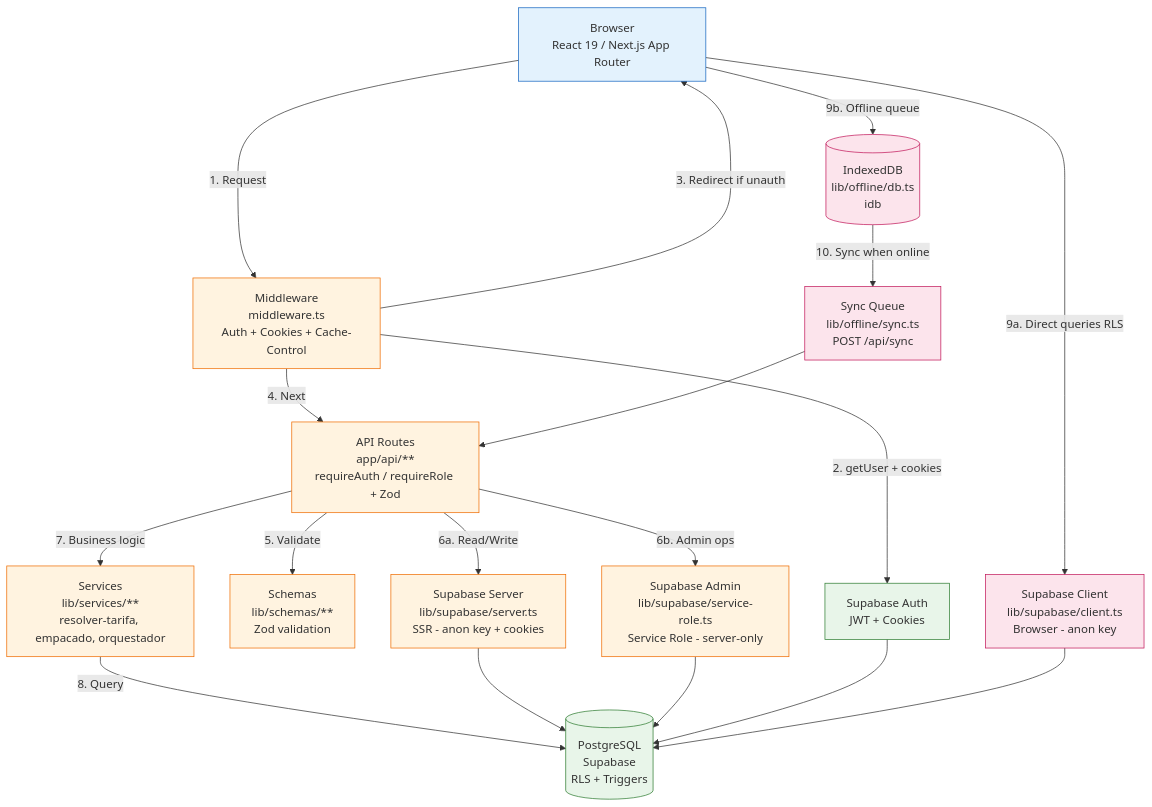
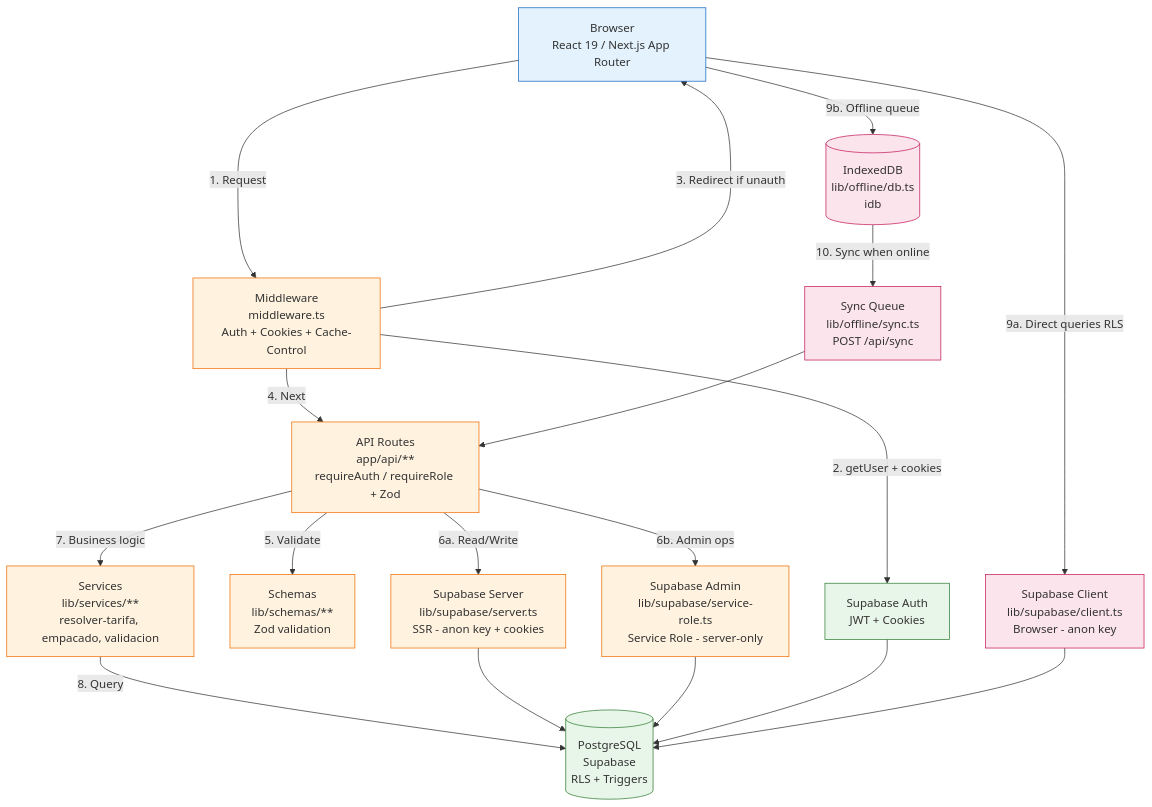
The diagram in docs/diagrams/system_arch.mmd (Brandoncm21/cac-desamparados-roast-manager), drawn with Mermaid before and after one commit. The commit also changed 2 other files, not shown here.

Commit message:
docs: corregir referencias al orquestador eliminado y registrar el refactor
- ARCHITECTURE.md y diagrams/system_arch.mmd citaban lib/services/orquestador.ts
  como evidencia de la capa de servicios, pero ese archivo se elimino en la
  fusion CBF (lo dice la propia 4.3bis). Se referencian los servicios reales.
- CHANGELOG: seccion Changed/Fixed del refactor M1-M6, con las cifras medidas
  (302 tests, base 200) y el bug de 'Peso facturable' corregido en M4.
- specs/003/correcciones ya estaba al dia en el repo; no se toco.

```diff
--- a/docs/diagrams/system_arch.mmd
+++ b/docs/diagrams/system_arch.mmd
@@ -1,45 +1,45 @@
 %% SCACR - Diagrama de Arquitectura de Alto Nivel
 %% Renderizable en GitHub (Mermaid) y en docsify/mkdocs
 %% Permalink base: 80b1dd5
 
 graph TB
     Browser[Browser<br/>React 19 / Next.js App Router]
     Middleware[Middleware<br/>middleware.ts<br/>Auth + Cookies + Cache-Control]
     API[API Routes<br/>app/api/**<br/>requireAuth / requireRole + Zod]
-    Services[Services<br/>lib/services/**<br/>resolver-tarifa, empacado, orquestador]
+    Services[Services<br/>lib/services/**<br/>resolver-tarifa, empacado, validacion]
     Schemas[Schemas<br/>lib/schemas/**<br/>Zod validation]
     SupabaseClient[Supabase Client<br/>lib/supabase/client.ts<br/>Browser - anon key]
     SupabaseServer[Supabase Server<br/>lib/supabase/server.ts<br/>SSR - anon key + cookies]
     SupabaseAdmin[Supabase Admin<br/>lib/supabase/service-role.ts<br/>Service Role - server-only]
     DB[(PostgreSQL<br/>Supabase<br/>RLS + Triggers)]
     Auth[Supabase Auth<br/>JWT + Cookies]
     OfflineDB[(IndexedDB<br/>lib/offline/db.ts<br/>idb)]
     Sync[Sync Queue<br/>lib/offline/sync.ts<br/>POST /api/sync]
 
     Browser -->|1. Request| Middleware
     Middleware -->|2. getUser + cookies| Auth
     Middleware -->|3. Redirect if unauth| Browser
     Middleware -->|4. Next| API
     API -->|5. Validate| Schemas
     API -->|6a. Read/Write| SupabaseServer
     API -->|6b. Admin ops| SupabaseAdmin
     API -->|7. Business logic| Services
     Services -->|8. Query| DB
     SupabaseServer --> DB
     SupabaseAdmin --> DB
     Auth --> DB
     Browser -->|9a. Direct queries RLS| SupabaseClient
     SupabaseClient --> DB
     Browser -->|9b. Offline queue| OfflineDB
     OfflineDB -->|10. Sync when online| Sync
     Sync --> API
 
     classDef browser fill:#e3f2fd,stroke:#1565c0
     classDef server fill:#fff3e0,stroke:#ef6c00
     classDef db fill:#e8f5e9,stroke:#2e7d32
     classDef offline fill:#fce4ec,stroke:#c2185b
 
     class Browser browser
     class Middleware,API,Services,Schemas,SupabaseServer,SupabaseAdmin server
     class DB,Auth db
     class OfflineDB,Sync,SupabaseClient offline
```
